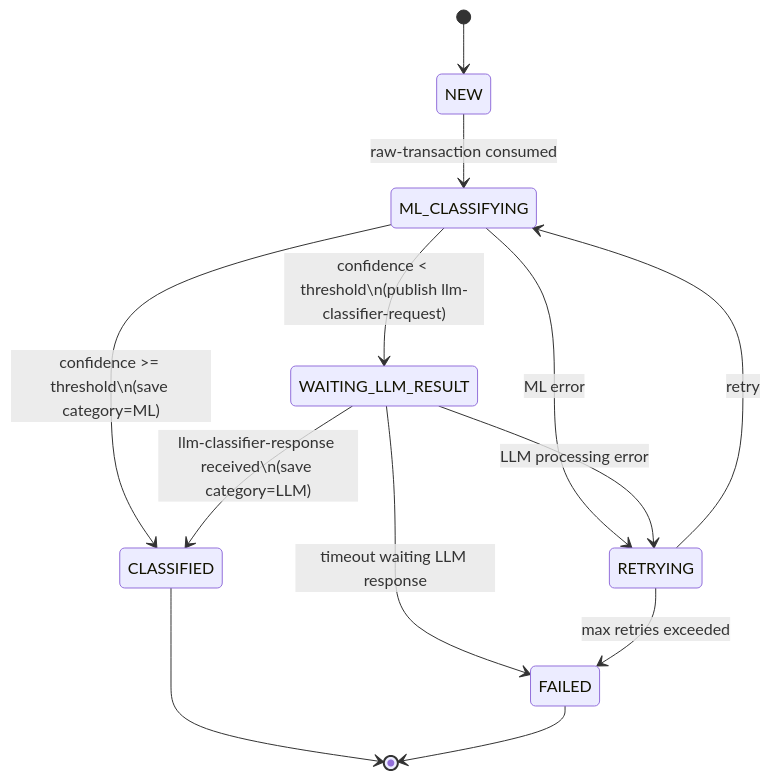
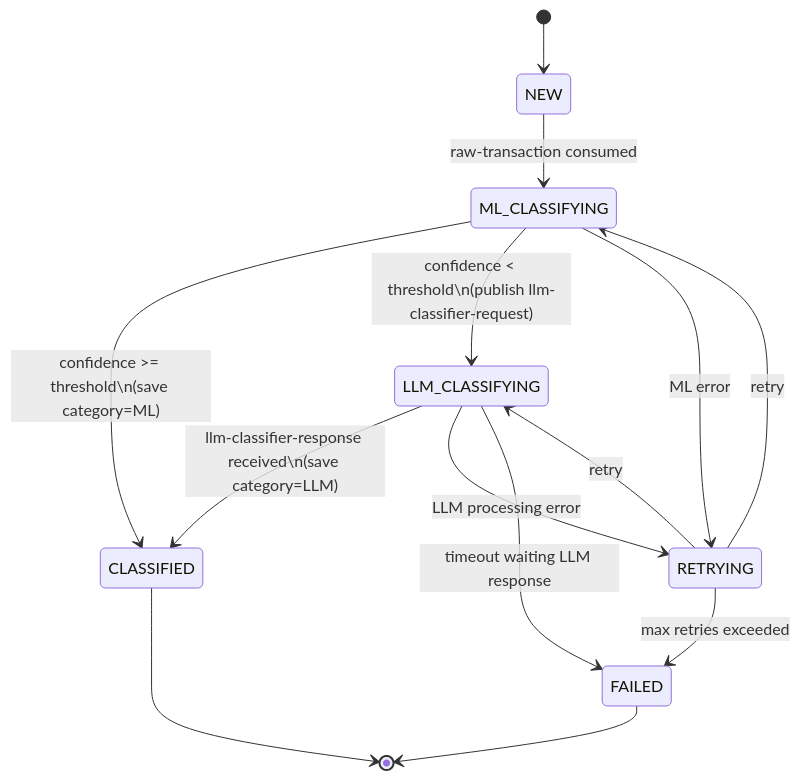
One commit to irunazushan/finSense changed the sixth of 7 diagrams in docs/architecture_diagrams.md. Above: the diagram before and after it, drawn with Mermaid. The commit also changed other lines of this file and 3 other files, not shown here.

````diff
--- a/docs/architecture_diagrams.md
+++ b/docs/architecture_diagrams.md
@@ -247,20 +241,21 @@
 ```mermaid
 stateDiagram-v2
     [*] --> NEW
 
     NEW --> ML_CLASSIFYING : raw-transaction consumed
 
     ML_CLASSIFYING --> CLASSIFIED : confidence >= threshold\n(save category=ML)
-    ML_CLASSIFYING --> WAITING_LLM_RESULT : confidence < threshold\n(publish llm-classifier-request)
+    ML_CLASSIFYING --> LLM_CLASSIFYING : confidence < threshold\n(publish llm-classifier-request)
     ML_CLASSIFYING --> RETRYING : ML error
 
-    WAITING_LLM_RESULT --> CLASSIFIED : llm-classifier-response received\n(save category=LLM)
-    WAITING_LLM_RESULT --> RETRYING : LLM processing error
-    WAITING_LLM_RESULT --> FAILED : timeout waiting LLM response
+    LLM_CLASSIFYING --> CLASSIFIED : llm-classifier-response received\n(save category=LLM)
+    LLM_CLASSIFYING --> RETRYING : LLM processing error
+    LLM_CLASSIFYING --> FAILED : timeout waiting LLM response
 
     RETRYING --> ML_CLASSIFYING : retry
+    RETRYING --> LLM_CLASSIFYING : retry
     RETRYING --> FAILED : max retries exceeded
 
     CLASSIFIED --> [*]
     FAILED --> [*]
 ```
````
